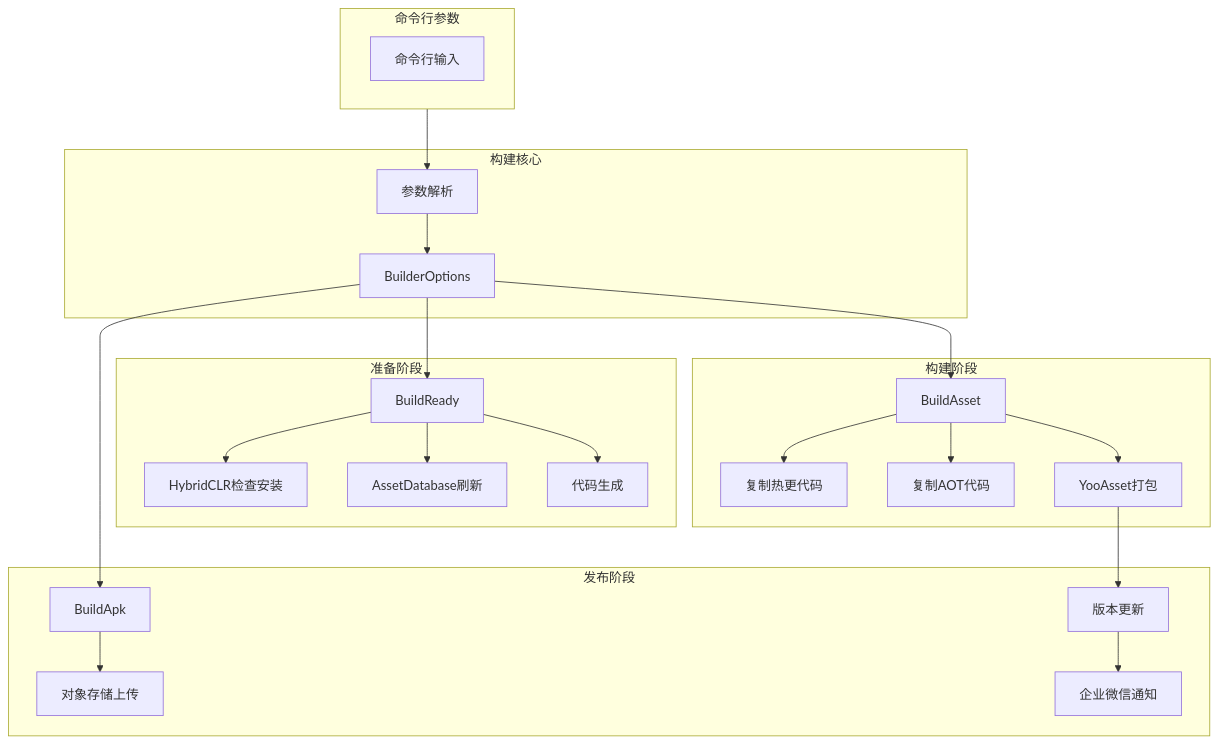
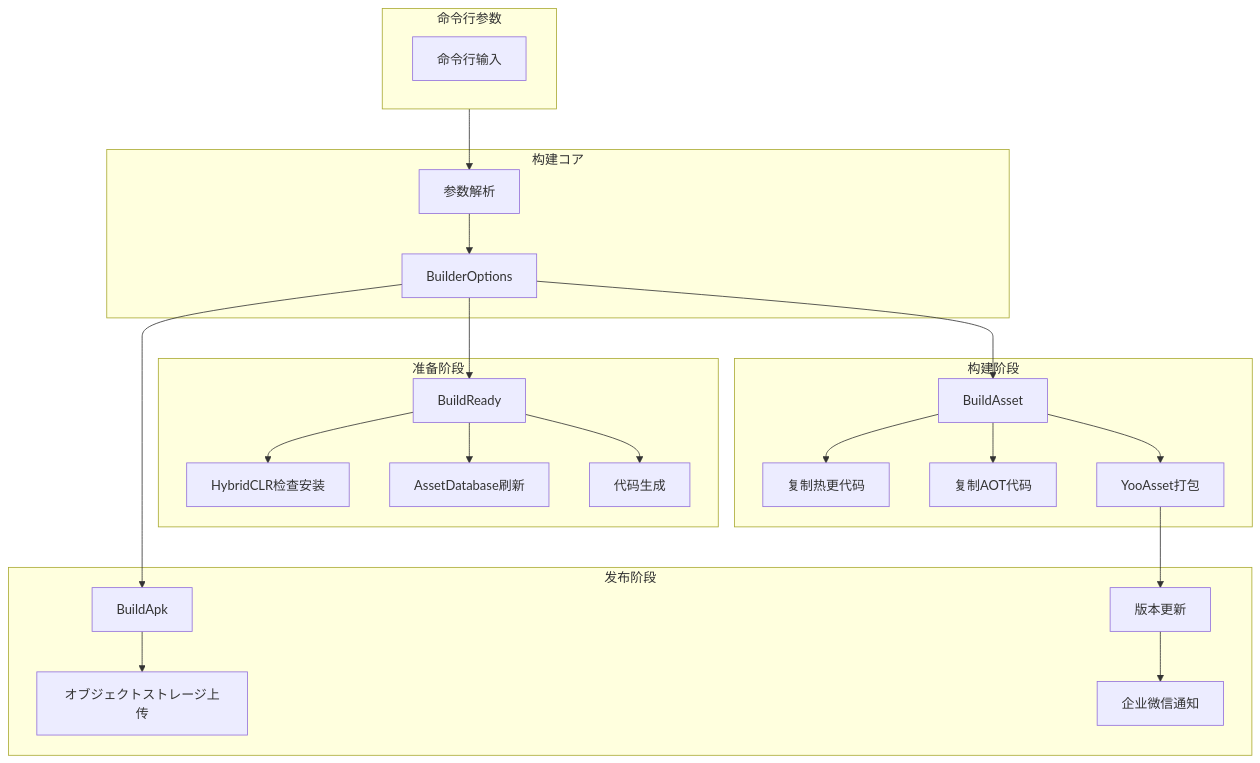
Before and after one commit to AlianBlank/GameFrameX.Docs: the first of 2 diagrams in docs/ja/client/unity/component/builder/03.getting-started.md, drawn with Mermaid. The commit also changed other lines of this file and 603 other files, not shown here.

````diff
--- a/docs/ja/client/unity/component/builder/03.getting-started.md
+++ b/docs/ja/client/unity/component/builder/03.getting-started.md
@@ -17,47 +17,47 @@
 ```mermaid
 flowchart TD
     subgraph CLI["命令行参数"]
         CMD[命令行输入]
     end
 
-    subgraph Core["构建核心"]
+    subgraph Core["构建コア"]
         Parse[参数解析]
         Options[BuilderOptions]
     end
 
     subgraph Prepare["准备阶段"]
         Ready[BuildReady]
         HybridCLR[HybridCLR检查安装]
         Refresh[AssetDatabase刷新]
         Generate[代码生成]
     end
 
     subgraph Build["构建阶段"]
         Asset[BuildAsset]
         CopyHotfix[复制热更代码]
         CopyAOT[复制AOT代码]
         YooAsset[YooAsset打包]
     end
 
     subgraph Package["发布阶段"]
         Apk[BuildApk]
-        Upload[对象存储上传]
+        Upload[オブジェクトストレージ上传]
         VersionUpdate[版本更新]
         WeChat[企业微信通知]
     end
 
     CLI --> Parse
     Parse --> Options
     Options --> Ready
     Ready --> HybridCLR
     Ready --> Refresh
     Ready --> Generate
     Options --> Asset
     Asset --> CopyHotfix
     Asset --> CopyAOT
     Asset --> YooAsset
     Options --> Apk
     Apk --> Upload
     YooAsset --> VersionUpdate
     VersionUpdate --> WeChat
 ```
````
